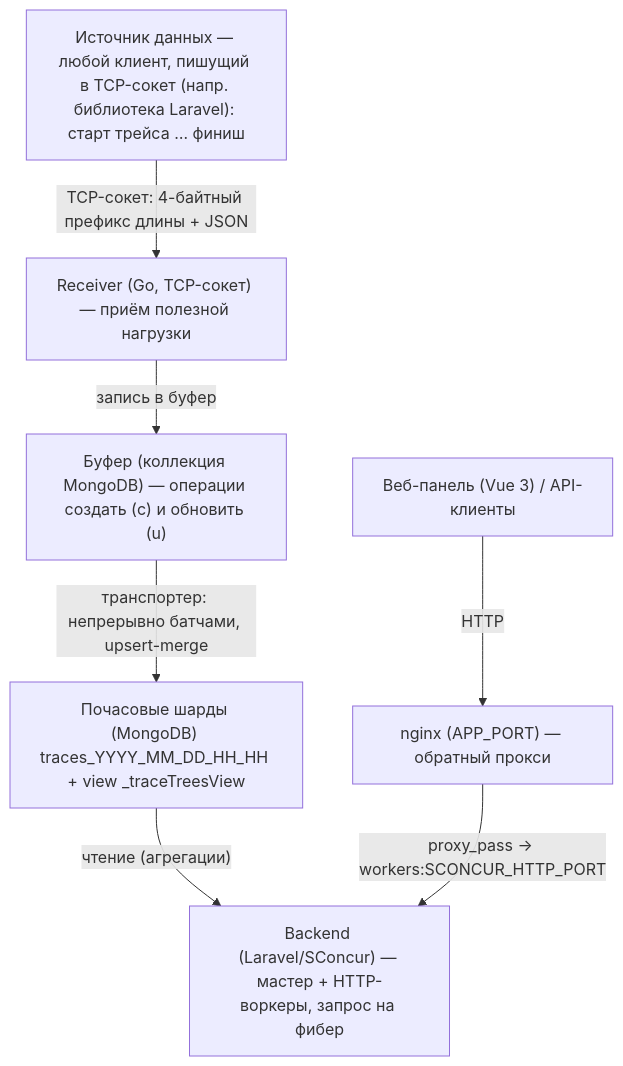
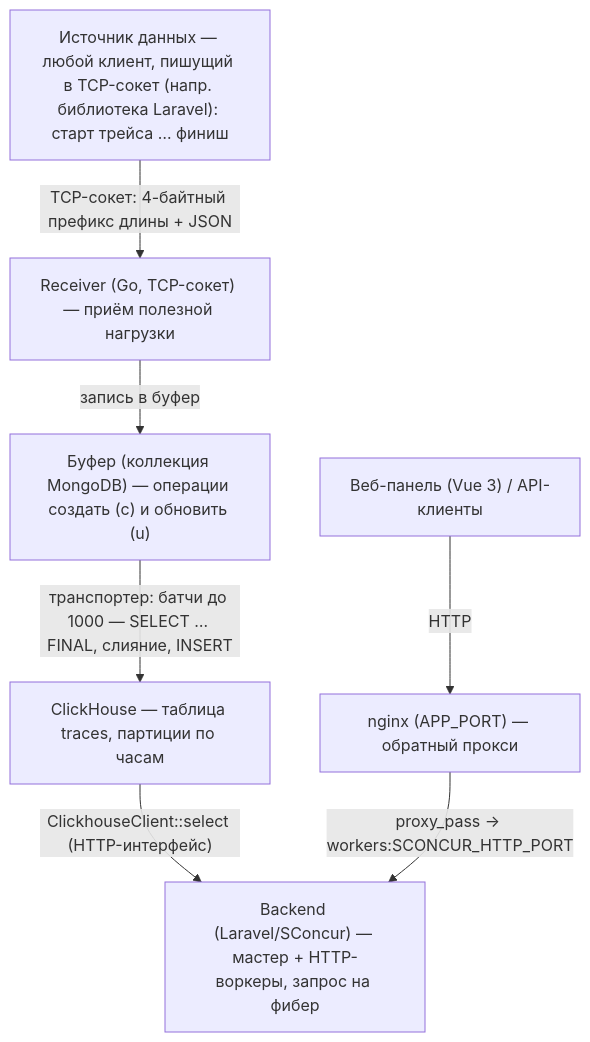
One commit to sprust/slogger changed the diagram in README.ru.md. Above: the diagram before and after it, drawn with Mermaid. The commit also changed other lines of this file and 192 other files, not shown here.

First line of the commit message:
move trace storage from MongoDB to ClickHouse

````diff
--- a/README.ru.md
+++ b/README.ru.md
@@ -33,16 +33,16 @@
 ```mermaid
 flowchart TB
     src["Источник данных — любой клиент, пишущий в TCP-сокет (напр. библиотека Laravel): старт трейса … финиш"]
     receiver["Receiver (Go, TCP-сокет) — приём полезной нагрузки"]
     buffer["Буфер (коллекция MongoDB) — операции создать (c) и обновить (u)"]
-    shards["Почасовые шарды (MongoDB) traces_YYYY_MM_DD_HH_HH + view _traceTreesView"]
+    traces["ClickHouse — таблица traces, партиции по часам"]
     backend["Backend (Laravel/SConcur) — мастер + HTTP-воркеры, запрос на фибер"]
     nginx["nginx (APP_PORT) — обратный прокси"]
     ui["Веб-панель (Vue 3) / API-клиенты"]
     src -->|"TCP-сокет: 4-байтный префикс длины + JSON"| receiver
     receiver -->|"запись в буфер"| buffer
-    buffer -->|"транспортер: непрерывно батчами, upsert-merge"| shards
-    shards -->|"чтение (агрегации)"| backend
+    buffer -->|"транспортер: батчи до 1000 — SELECT … FINAL, слияние, INSERT"| traces
+    traces -->|"ClickhouseClient::select (HTTP-интерфейс)"| backend
     ui -->|"HTTP"| nginx
     nginx -->|"proxy_pass → workers:SCONCUR_HTTP_PORT"| backend
 ```
````
